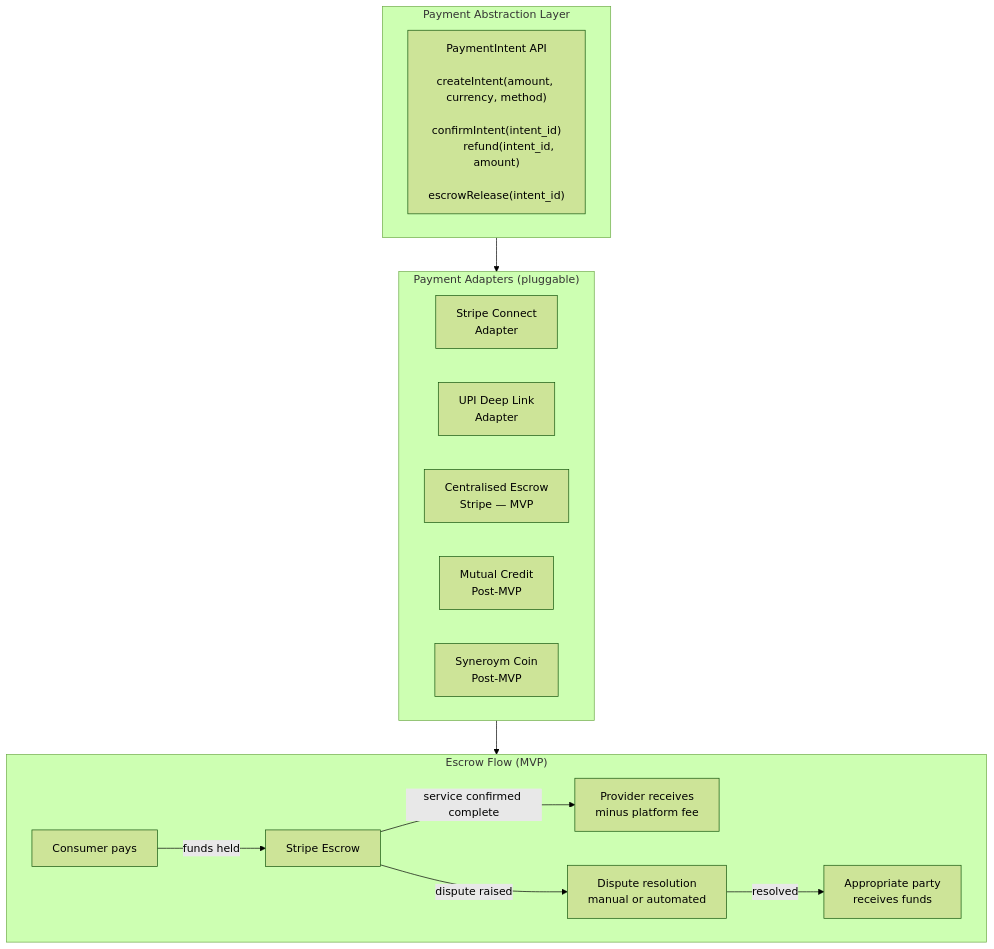
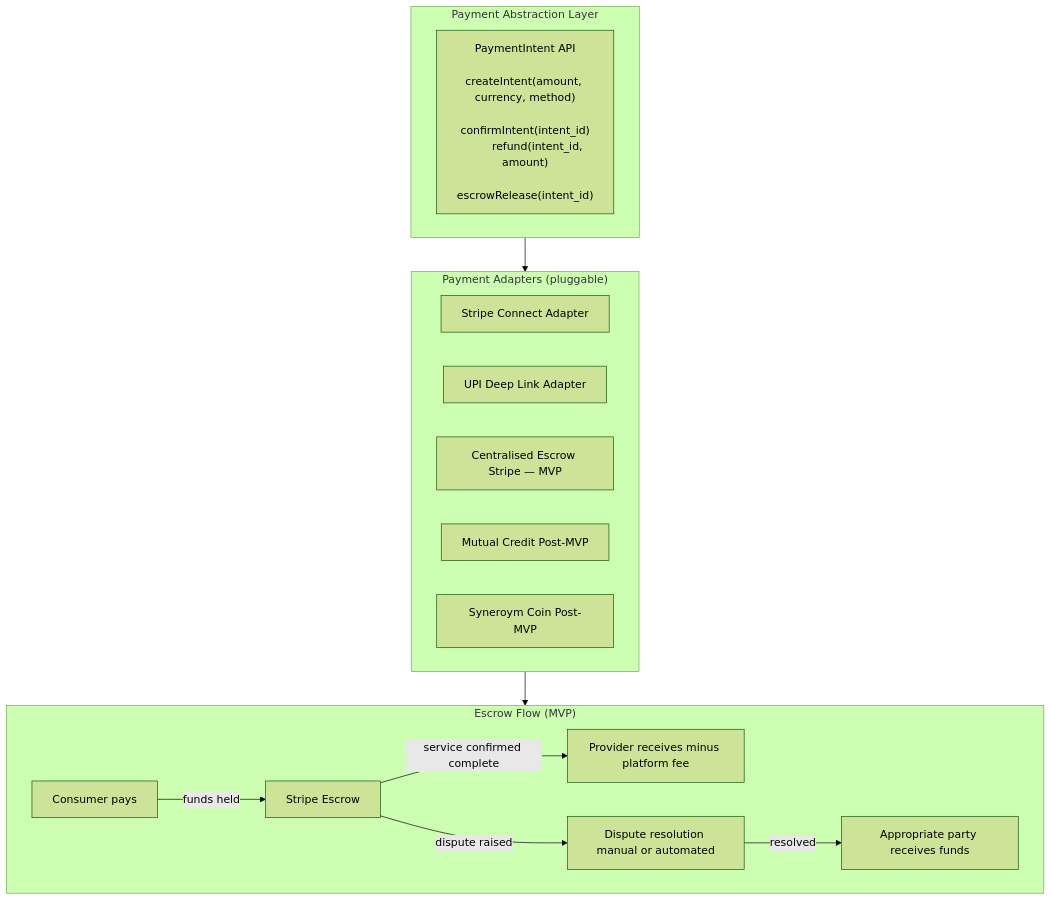
Before and after one commit to syneroym/syneroym: diagram 14 of 21 in docs/architecture.md, drawn with Mermaid (forest theme). The commit also changed other lines of this file, not shown here.

````diff
--- a/docs/architecture.md
+++ b/docs/architecture.md
@@ -519,29 +518,29 @@
 ```mermaid
 flowchart TD
     subgraph PAY_ABSTRACT["Payment Abstraction Layer"]
         API["PaymentIntent API
         createIntent(amount, currency, method)
         confirmIntent(intent_id)
         refund(intent_id, amount)
         escrowRelease(intent_id)"]
     end
 
     subgraph ADAPTERS["Payment Adapters (pluggable)"]
-        STRIPE[Stripe Connect\nAdapter]
-        UPI[UPI Deep Link\nAdapter]
-        ESCROW[Centralised Escrow\nStripe — MVP]
-        CREDIT[Mutual Credit\nPost-MVP]
-        COIN[Syneroym Coin\nPost-MVP]
+        STRIPE[Stripe Connect Adapter]
+        UPI[UPI Deep Link Adapter]
+        ESCROW[Centralised Escrow Stripe — MVP]
+        CREDIT[Mutual Credit Post-MVP]
+        COIN[Syneroym Coin Post-MVP]
     end
 
     subgraph ESCROW_FLOW["Escrow Flow (MVP)"]
         direction LR
         C[Consumer pays] -->|"funds held"| E[Stripe Escrow]
-        E -->|"service confirmed complete"| P[Provider receives\nminus platform fee]
-        E -->|"dispute raised"| D[Dispute resolution\nmanual or automated]
-        D -->|"resolved"| BOTH[Appropriate party\nreceives funds]
+        E -->|"service confirmed complete"| P[Provider receives minus platform fee]
+        E -->|"dispute raised"| D[Dispute resolution manual or automated]
+        D -->|"resolved"| BOTH[Appropriate party receives funds]
     end
 
     PAY_ABSTRACT --> ADAPTERS
     ADAPTERS --> ESCROW_FLOW
 ```
````
